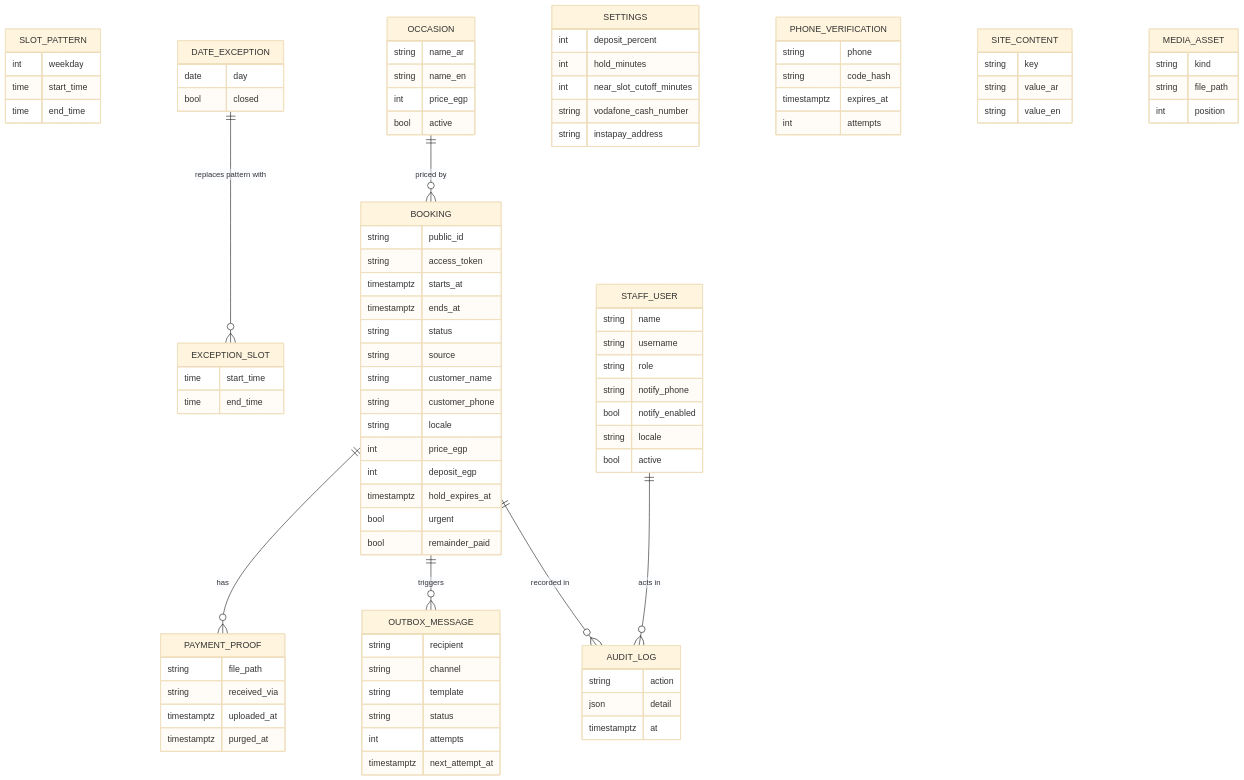
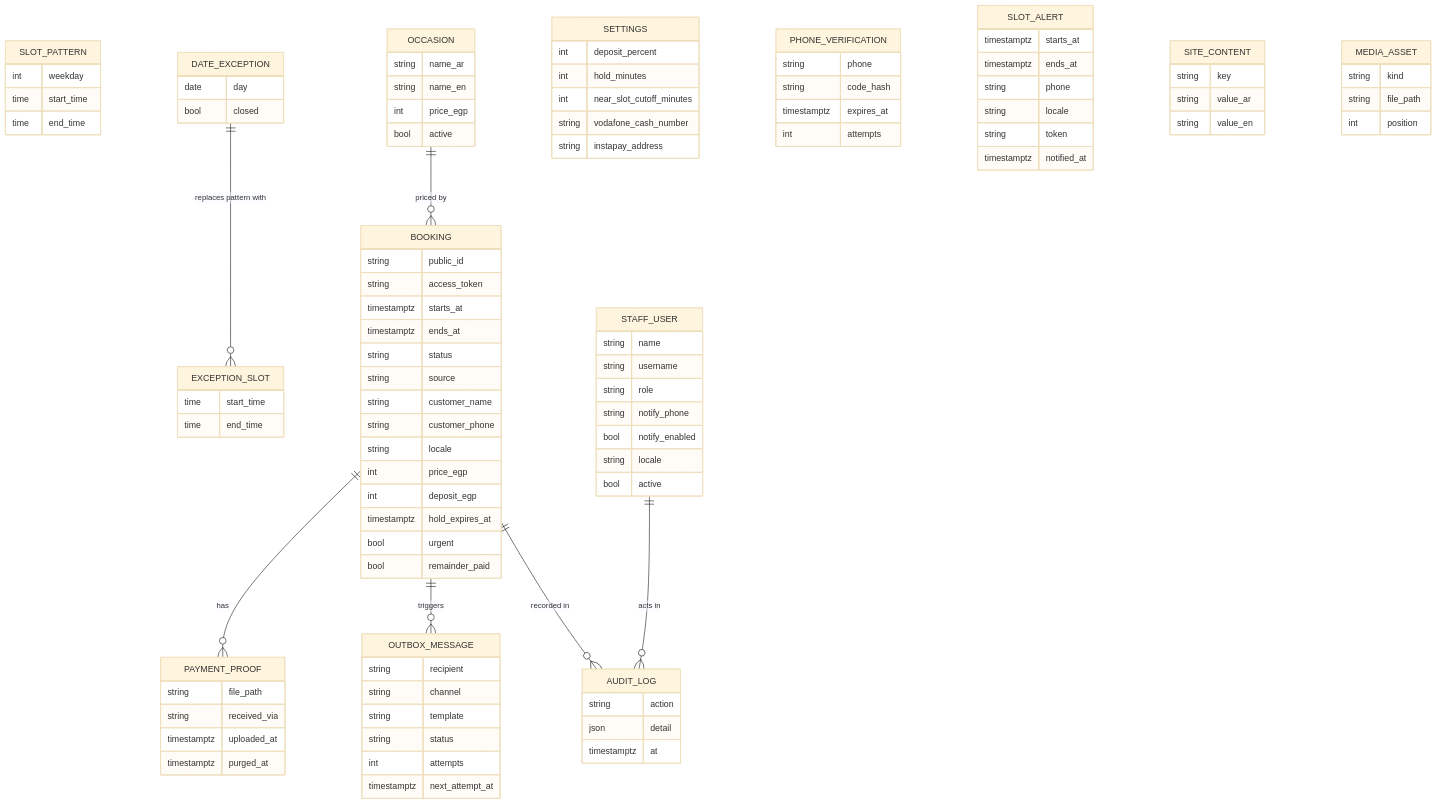
The first of 2 diagrams in docs/architecture/data-model.md (ZamzamMasjid/wesal), drawn with Mermaid (base theme) before and after one commit. The commit also changed other lines of this file and 27 other files, not shown here.

```diff
--- a/docs/architecture/data-model.md
+++ b/docs/architecture/data-model.md
@@ -76,6 +76,14 @@
     timestamptz expires_at
     int attempts
   }
+  SLOT_ALERT {
+    timestamptz starts_at
+    timestamptz ends_at
+    string phone
+    string locale
+    string token
+    timestamptz notified_at
+  }
   OUTBOX_MESSAGE {
     string recipient
     string channel
```
